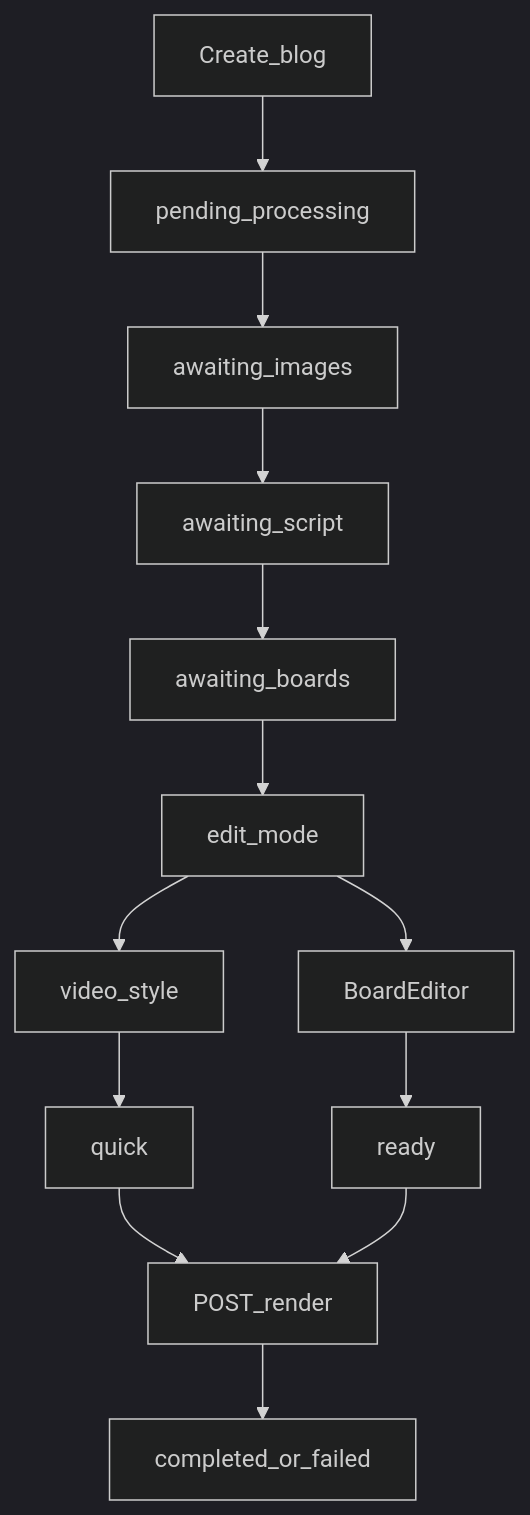
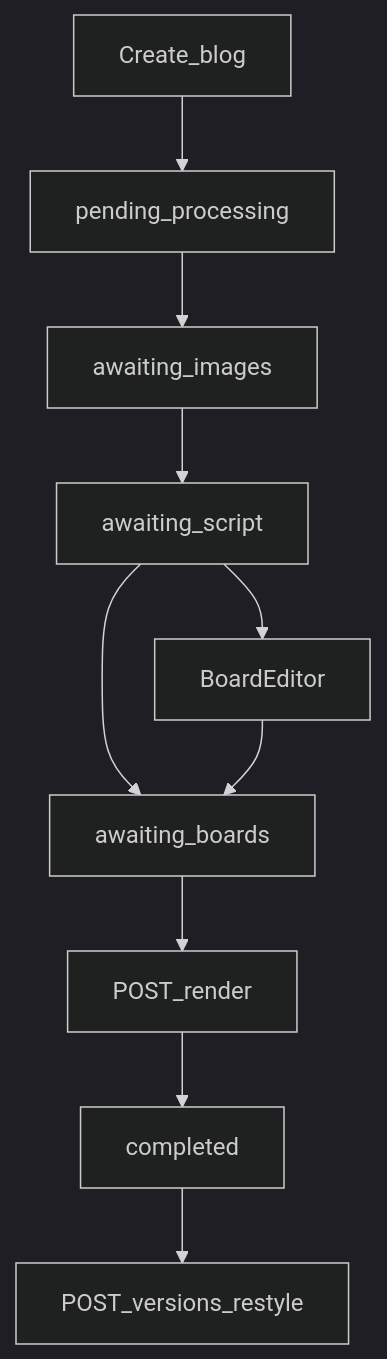
Before and after one commit to 0325658283sky-sys/shorts_writer: the second of 3 diagrams in docs/USER_JOURNEYS.md, drawn with Mermaid (dark theme). The commit also changed other lines of this file and 33 other files, not shown here.

````diff
--- a/docs/USER_JOURNEYS.md
+++ b/docs/USER_JOURNEYS.md
@@ -112,15 +91,12 @@
 ```mermaid
 flowchart TD
   create[Create_blog] --> phase1[pending_processing]
   phase1 --> images[awaiting_images]
   images --> script[awaiting_script]
   script --> boards[awaiting_boards]
-  boards --> editMode[edit_mode]
-  editMode --> vs[video_style]
-  vs --> q[quick]
-  q --> render[POST_render]
-  editMode --> be[BoardEditor]
-  be --> ready[ready]
-  ready --> render
-  render --> done[completed_or_failed]
+  script --> be[BoardEditor]
+  be --> boards
+  boards --> render[POST_render]
+  render --> done[completed]
+  done --> restyle[POST_versions_restyle]
 ```
````
